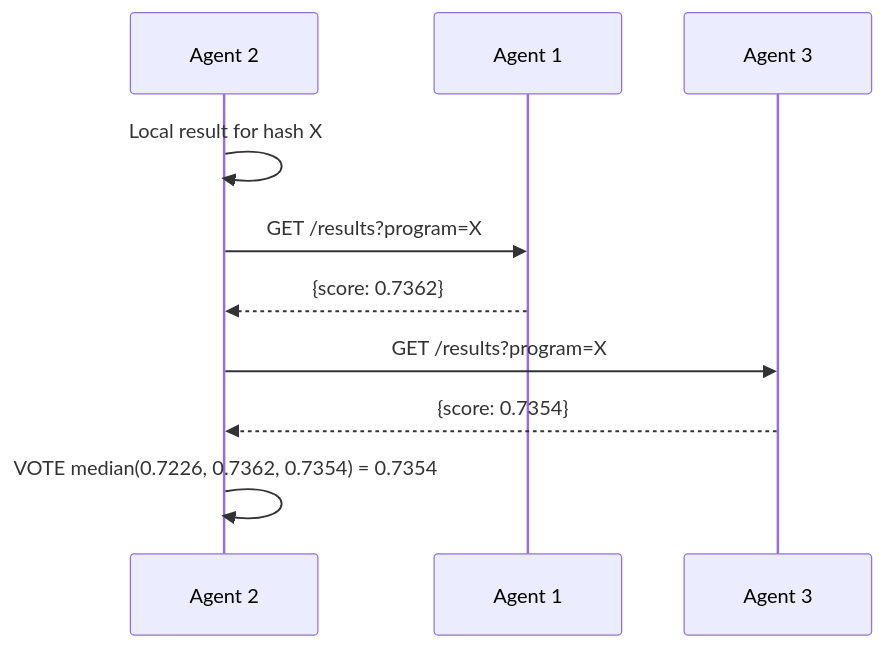
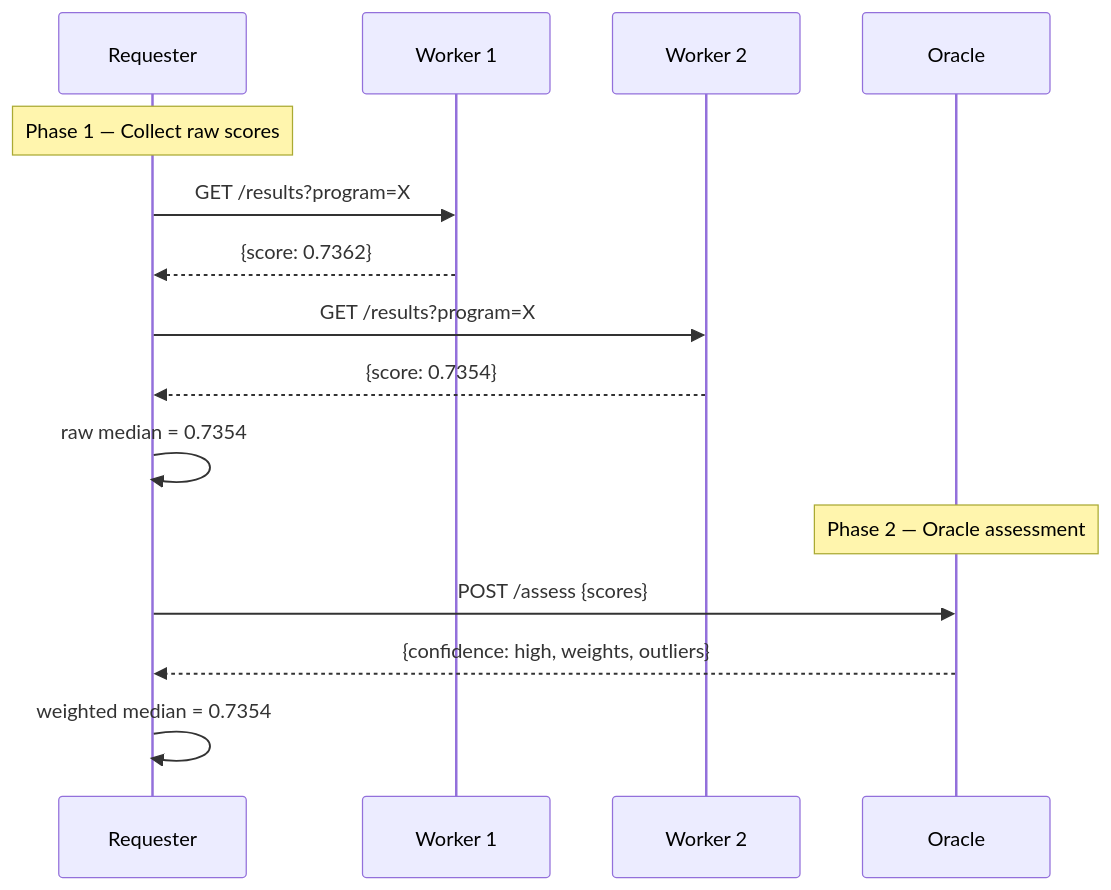
The fourth of 9 diagrams in docs/ARCHITECTURE.md (dnamaz/nml-collective), drawn with Mermaid before and after one commit. The commit also changed other lines of this file and 15 other files, not shown here.

First line of the commit message:
Add Oracle and Architect roles, two-phase VOTE, rich data context, interactive dashboard

````diff
--- a/docs/ARCHITECTURE.md
+++ b/docs/ARCHITECTURE.md
@@ -147,13 +162,19 @@
 ```mermaid
 sequenceDiagram
-    participant Requester as Agent 2
-    participant A1 as Agent 1
-    participant A3 as Agent 3
+    participant Req as Requester
+    participant W1 as Worker 1
+    participant W2 as Worker 2
+    participant O as Oracle
 
-    Requester->>Requester: Local result for hash X
-    Requester->>A1: GET /results?program=X
-    A1-->>Requester: {score: 0.7362}
-    Requester->>A3: GET /results?program=X
-    A3-->>Requester: {score: 0.7354}
-    Requester->>Requester: VOTE median(0.7226, 0.7362, 0.7354) = 0.7354
+    Note over Req: Phase 1 — Collect raw scores
+    Req->>W1: GET /results?program=X
+    W1-->>Req: {score: 0.7362}
+    Req->>W2: GET /results?program=X
+    W2-->>Req: {score: 0.7354}
+    Req->>Req: raw median = 0.7354
+
+    Note over O: Phase 2 — Oracle assessment
+    Req->>O: POST /assess {scores}
+    O-->>Req: {confidence: high, weights, outliers}
+    Req->>Req: weighted median = 0.7354
 ```
````
